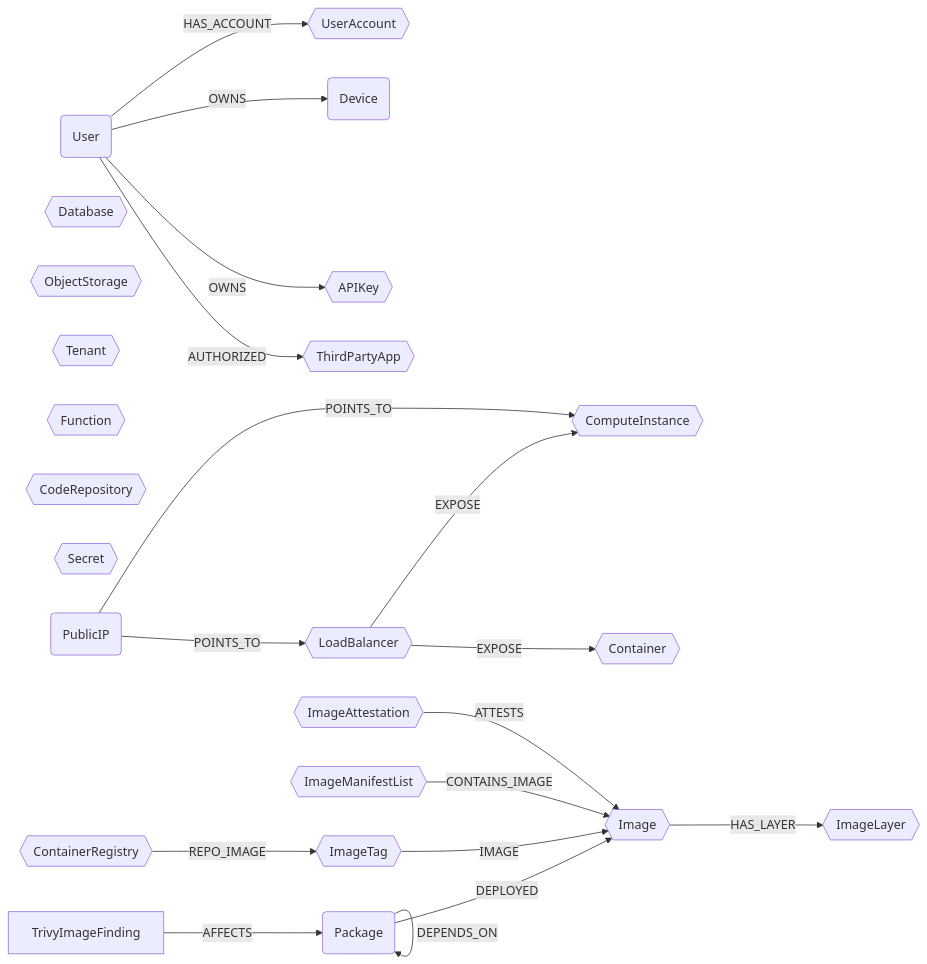
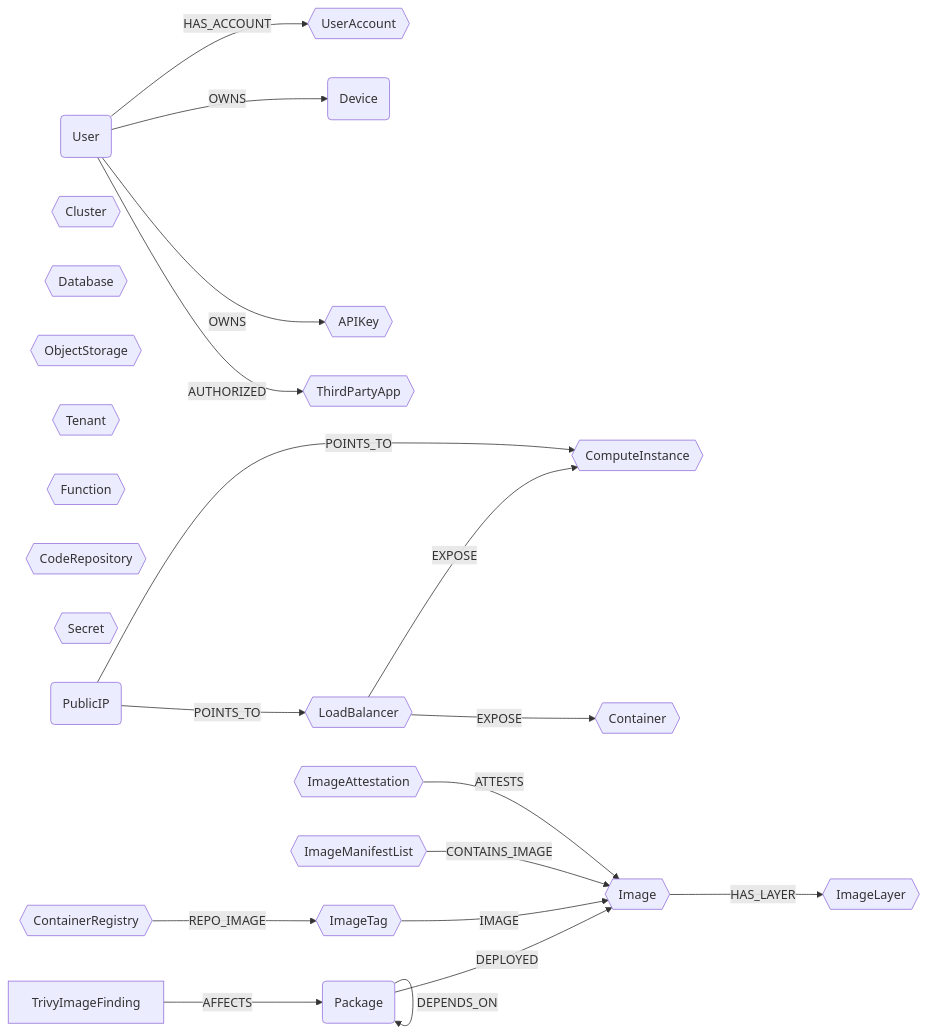
Before and after one commit to cartography-cncf/cartography: the diagram in docs/root/modules/ontology/schema.md, drawn with Mermaid. The commit also changed other lines of this file and 12 other files, not shown here.

````diff
--- a/docs/root/modules/ontology/schema.md
+++ b/docs/root/modules/ontology/schema.md
@@ -6,26 +6,27 @@
 ```mermaid
 graph LR
 
 U(User) -- HAS_ACCOUNT --> UA{{UserAccount}}
 U -- OWNS --> CC(Device)
 U -- OWNS --> AK{{APIKey}}
 U -- AUTHORIZED --> OA{{ThirdPartyApp}}
 LB{{LoadBalancer}} -- EXPOSE --> CI{{ComputeInstance}}
 LB{{LoadBalancer}} -- EXPOSE --> CT{{Container}}
+CL{{Cluster}}
 DB{{Database}}
 OS{{ObjectStorage}}
 TN{{Tenant}}
 FN{{Function}}
 REPO{{CodeRepository}}
 SC{{Secret}}
 PIP(PublicIP) -- POINTS_TO --> LB
 PIP -- POINTS_TO --> CI
 PKG(Package) -- DEPLOYED --> IM{{Image}}
 PKG -- DEPENDS_ON --> PKG
 F[TrivyImageFinding] -- AFFECTS --> PKG
 CR{{ContainerRegistry}} -- REPO_IMAGE --> IT{{ImageTag}}
 IT -- IMAGE --> IM
 IML{{ImageManifestList}} -- CONTAINS_IMAGE --> IM
 IA{{ImageAttestation}} -- ATTESTS --> IM
 IM -- HAS_LAYER --> IL{{ImageLayer}}
 ```
````
